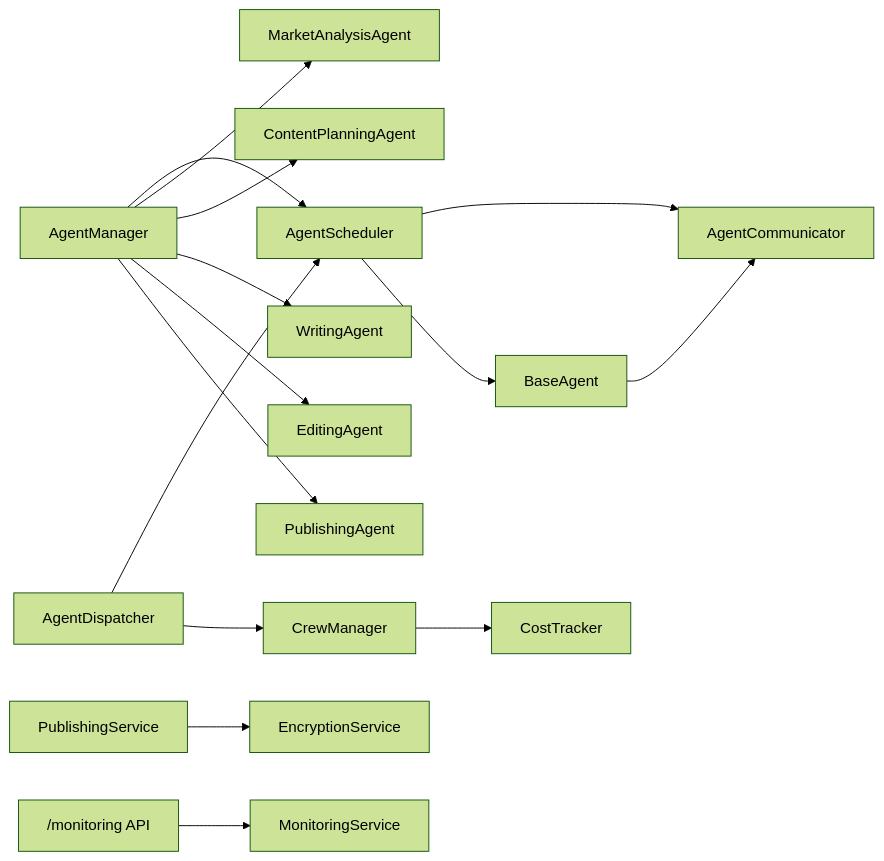
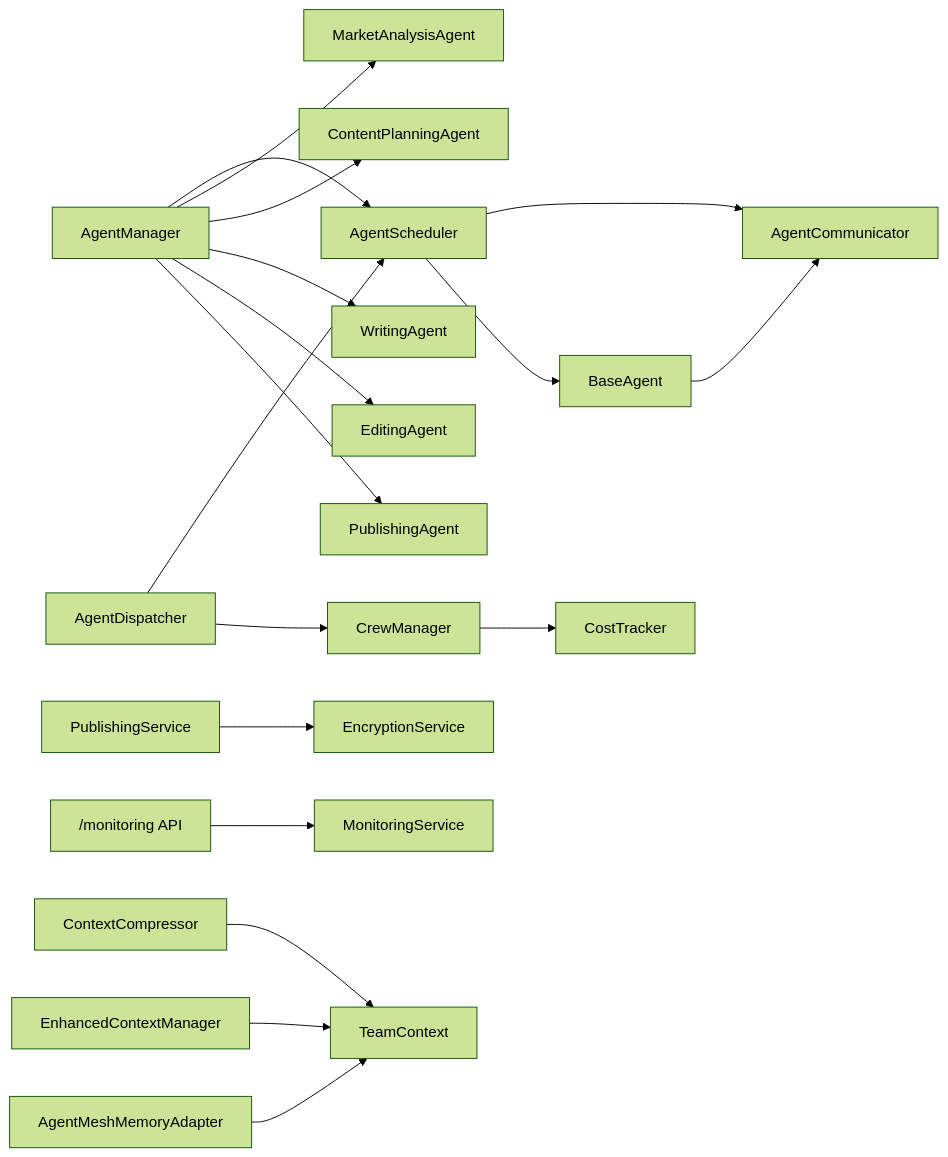
The ninth of 9 diagrams in .qoder/repowiki/zh/content/AI智能体系统/智能体通信机制.md (xfbyxq/ai-novel-system), drawn with Mermaid (forest theme) before and after one commit. The commit also changed other lines of this file and 38 other files, not shown here.

````diff
--- a/.qoder/repowiki/zh/content/AI智能体系统/智能体通信机制.md
+++ b/.qoder/repowiki/zh/content/AI智能体系统/智能体通信机制.md
@@ -359,17 +562,20 @@
 ```mermaid
 graph LR
 AM["AgentManager"] --> AS["AgentScheduler"]
 AS --> AC["AgentCommunicator"]
 AS --> BA["BaseAgent"]
 BA --> AC
 AM --> MA["MarketAnalysisAgent"]
 AM --> CA["ContentPlanningAgent"]
 AM --> WA["WritingAgent"]
 AM --> EA["EditingAgent"]
 AM --> PA["PublishingAgent"]
 CD["AgentDispatcher"] --> AS
 CD --> CM["CrewManager"]
 CM --> CT["CostTracker"]
 PUB["PublishingService"] --> ENC["EncryptionService"]
 MON_API["/monitoring API"] --> MON_SVC["MonitoringService"]
+CC["ContextCompressor"] --> TC["TeamContext"]
+ECM["EnhancedContextManager"] --> TC
+AMA["AgentMeshMemoryAdapter"] --> TC
 ```
````
